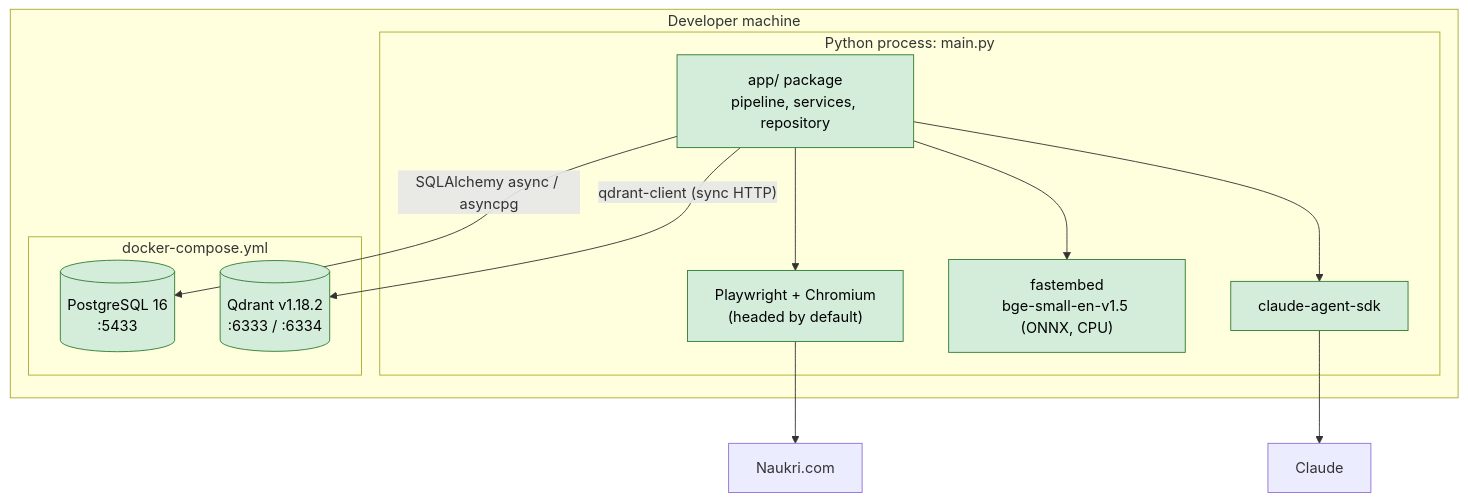
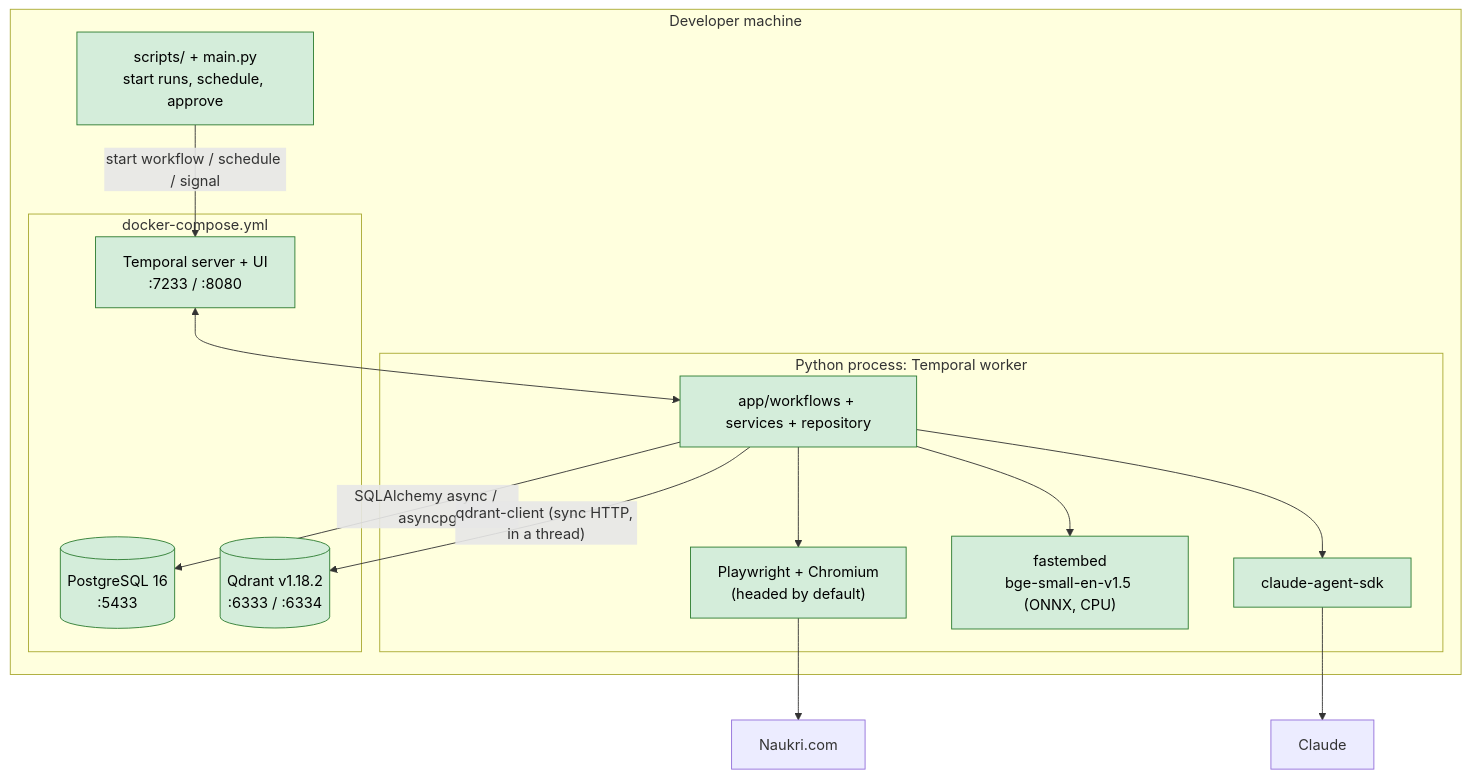
One commit to dhiraj849/Job_assistent changed the second of 5 diagrams in docs/02-architecture.md. Above: the diagram before and after it, drawn with Mermaid. The commit also changed other lines of this file and 19 other files, not shown here.

First line of the commit message:
refactor: retire the main.py pipeline in favour of the workflows

````diff
--- a/docs/02-architecture.md
+++ b/docs/02-architecture.md
@@ -35,26 +36,30 @@
 ```mermaid
 flowchart TB
     subgraph host["Developer machine"]
-        subgraph proc["Python process: main.py"]
-            app["app/ package<br/>pipeline, services, repository"]
+        scripts["scripts/ + main.py<br/>start runs, schedule, approve"]
+        subgraph proc["Python process: Temporal worker"]
+            app["app/workflows + services + repository"]
             pw["Playwright + Chromium<br/>(headed by default)"]
             emb["fastembed<br/>bge-small-en-v1.5 (ONNX, CPU)"]
             sdk["claude-agent-sdk"]
         end
         subgraph compose["docker-compose.yml"]
+            tsrv["Temporal server + UI<br/>:7233 / :8080"]
             pg[("PostgreSQL 16<br/>:5433")]
             qd[("Qdrant v1.18.2<br/>:6333 / :6334")]
         end
     end
     naukri["Naukri.com"]
     claude["Claude"]
 
+    scripts -- "start workflow / schedule / signal" --> tsrv
+    tsrv <--> app
     app --> pw --> naukri
     app --> emb
     app -- "SQLAlchemy async / asyncpg" --> pg
-    app -- "qdrant-client (sync HTTP)" --> qd
+    app -- "qdrant-client (sync HTTP, in a thread)" --> qd
     app --> sdk --> claude
 
     classDef built fill:#d4edda,stroke:#2e7d32,color:#000
-    class app,pw,emb,sdk,pg,qd built
+    class scripts,app,pw,emb,sdk,tsrv,pg,qd built
 ```
````
